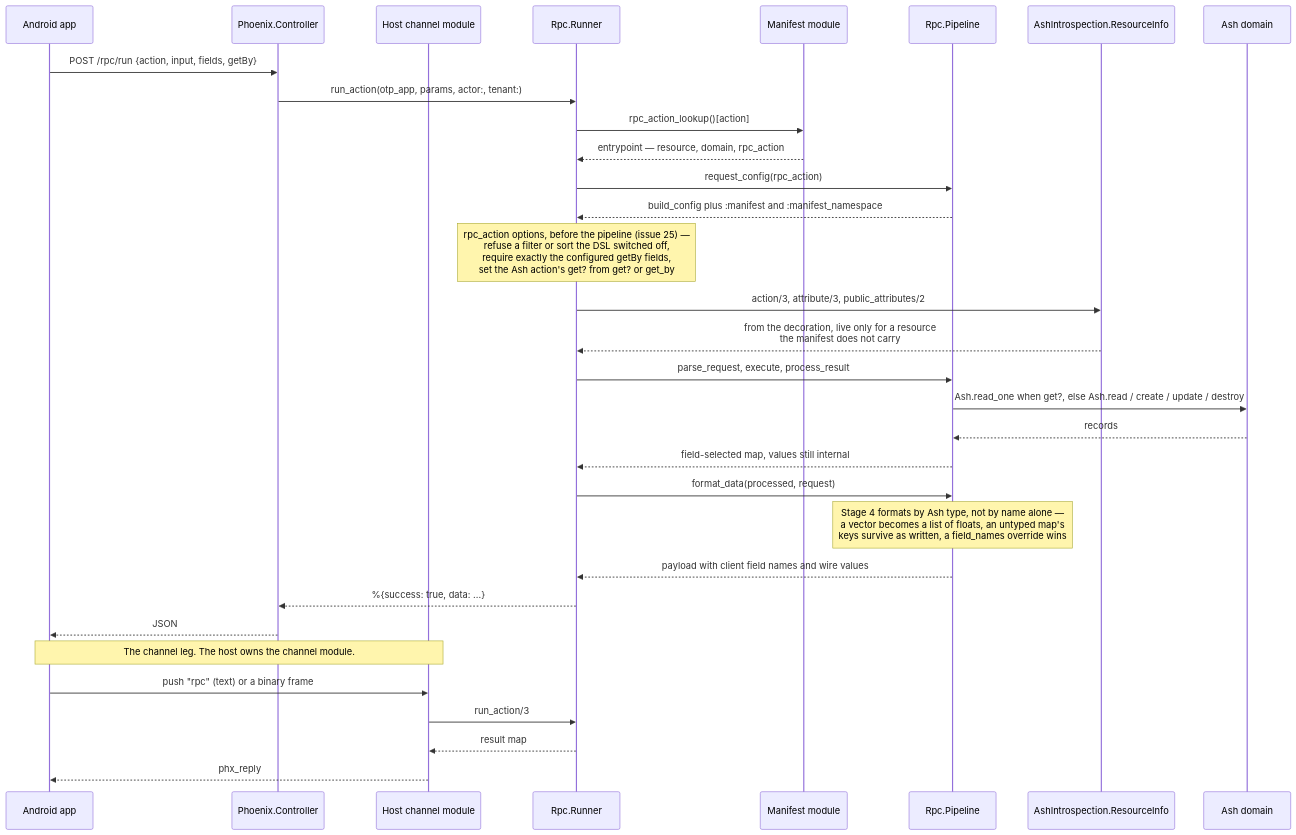
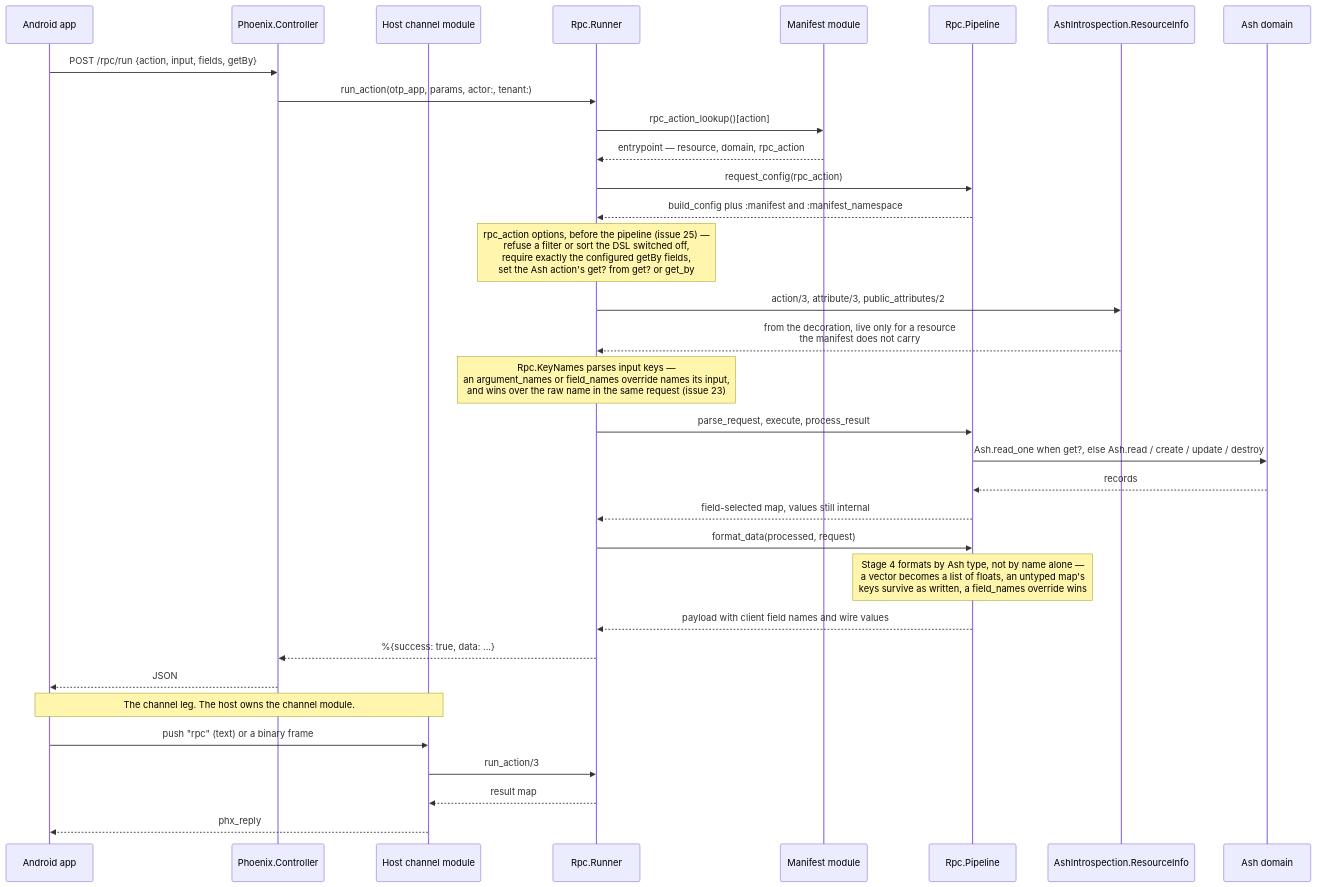
The fourth of 5 diagrams in docs/architecture.md (udin-io/ash_kotlin_multiplatform), drawn with Mermaid before and after one commit. The commit also changed other lines of this file and 20 other files, not shown here.

First line of the commit message:
field_names and argument_names are ignored by the codegen (#114)

````diff
--- a/docs/architecture.md
+++ b/docs/architecture.md
@@ -193,36 +193,37 @@
 ```mermaid
 sequenceDiagram
     participant App as Android app
     participant Ctl as Phoenix.Controller
     participant Ch as Host channel module
     participant Run as Rpc.Runner
     participant Man as Manifest module
     participant Pipe as Rpc.Pipeline
     participant RI as AshIntrospection.ResourceInfo
     participant Ash as Ash domain
 
     App->>Ctl: POST /rpc/run {action, input, fields, getBy}
     Ctl->>Run: run_action(otp_app, params, actor:, tenant:)
     Run->>Man: rpc_action_lookup()[action]
     Man-->>Run: entrypoint — resource, domain, rpc_action
     Run->>Pipe: request_config(rpc_action)
     Pipe-->>Run: build_config plus :manifest and :manifest_namespace
     Note over Run: rpc_action options, before the pipeline (issue 25) —<br/>refuse a filter or sort the DSL switched off,<br/>require exactly the configured getBy fields,<br/>set the Ash action's get? from get? or get_by
     Run->>RI: action/3, attribute/3, public_attributes/2
     RI-->>Run: from the decoration, live only for a resource<br/>the manifest does not carry
+    Note over Run: Rpc.KeyNames parses input keys —<br/>an argument_names or field_names override names its input,<br/>and wins over the raw name in the same request (issue 23)
     Run->>Pipe: parse_request, execute, process_result
     Pipe->>Ash: Ash.read_one when get?, else Ash.read / create / update / destroy
     Ash-->>Pipe: records
     Pipe-->>Run: field-selected map, values still internal
     Run->>Pipe: format_data(processed, request)
     Note over Pipe: Stage 4 formats by Ash type, not by name alone —<br/>a vector becomes a list of floats, an untyped map's<br/>keys survive as written, a field_names override wins
     Pipe-->>Run: payload with client field names and wire values
     Run-->>Ctl: %{success: true, data: ...}
     Ctl-->>App: JSON
 
     Note over App,Ch: The channel leg. The host owns the channel module.
     App->>Ch: push "rpc" (text) or a binary frame
     Ch->>Run: run_action/3
     Run-->>Ch: result map
     Ch-->>App: phx_reply
 ```
````
